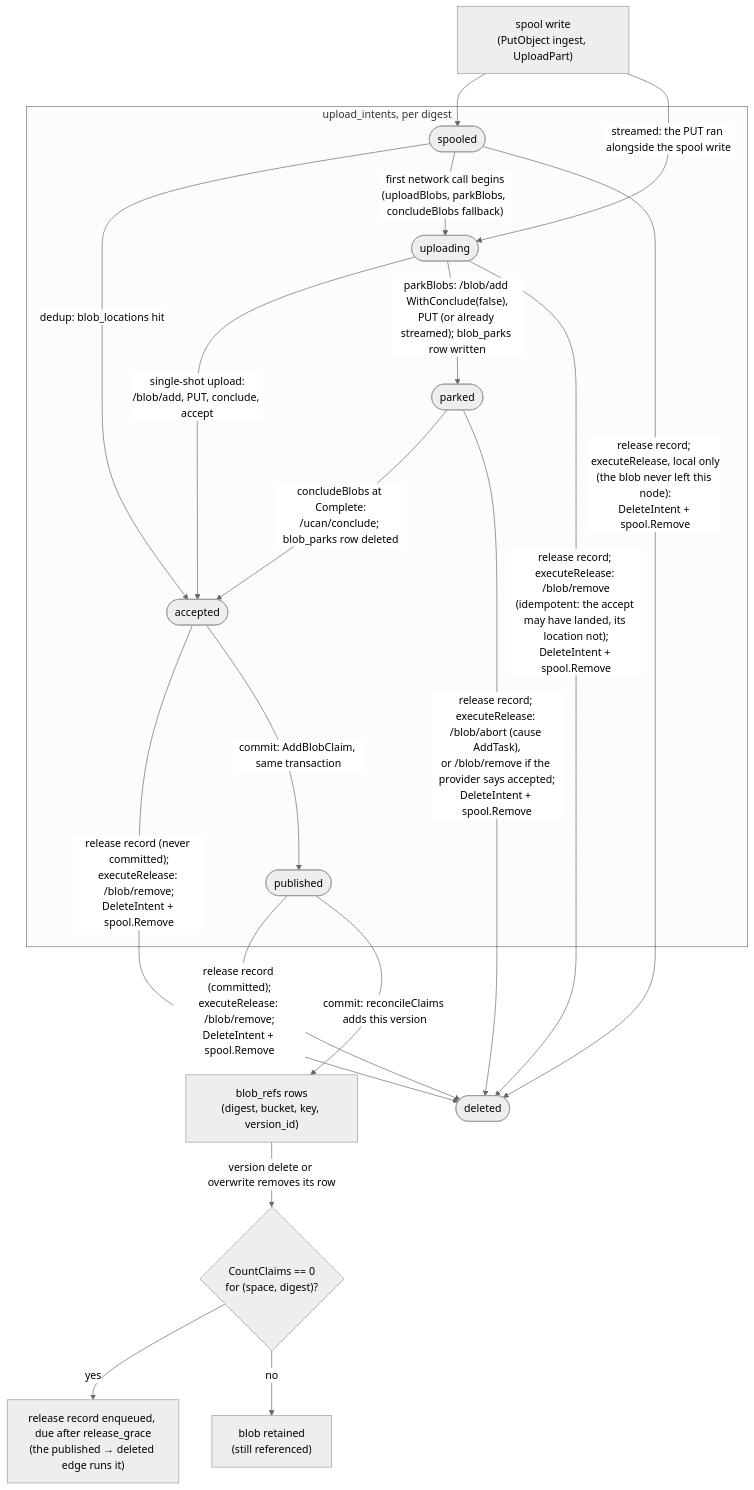
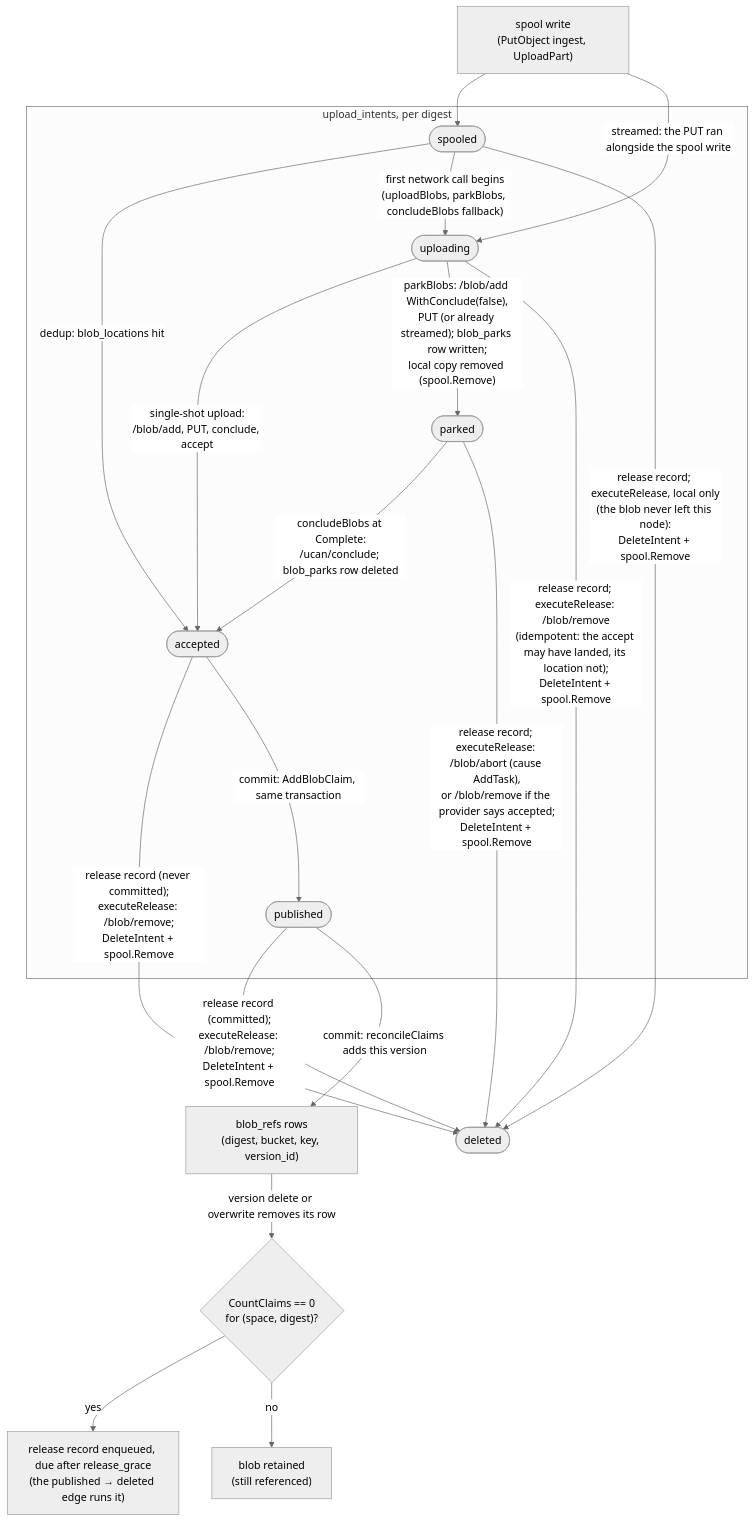
The eighth of 14 diagrams in docs/diagrams.md (fil-forge/ingot), drawn with Mermaid (neutral theme) before and after one commit. The commit also changed other lines of this file and 15 other files, not shown here.

First line of the commit message:
Drop a multipart part's spool copy once it parks (#217)

````diff
--- a/docs/diagrams.md
+++ b/docs/diagrams.md
@@ -552,30 +554,30 @@
 ```mermaid
 flowchart TB
     W["spool write<br/>(PutObject ingest, UploadPart)"] --> spooled
     W -->|"streamed: the PUT ran alongside the spool write"| uploading
 
     subgraph intents["upload_intents, per digest"]
         spooled([spooled])
         uploading([uploading])
         parked([parked])
         accepted([accepted])
         published([published])
     end
 
     spooled -->|"dedup: blob_locations hit"| accepted
     spooled -->|"first network call begins<br/>(uploadBlobs, parkBlobs, concludeBlobs fallback)"| uploading
     uploading -->|"single-shot upload:<br/>/blob/add, PUT, conclude, accept"| accepted
-    uploading -->|"parkBlobs: /blob/add WithConclude(false),<br/>PUT (or already streamed); blob_parks row written"| parked
+    uploading -->|"parkBlobs: /blob/add WithConclude(false),<br/>PUT (or already streamed); blob_parks row written;<br/>local copy removed (spool.Remove)"| parked
     parked -->|"concludeBlobs at Complete:<br/>/ucan/conclude; blob_parks row deleted"| accepted
     spooled -->|"release record; executeRelease, local only<br/>(the blob never left this node):<br/>DeleteIntent + spool.Remove"| gone([deleted])
     uploading -->|"release record; executeRelease: /blob/remove<br/>(idempotent: the accept may have landed, its location not);<br/>DeleteIntent + spool.Remove"| gone
     parked -->|"release record; executeRelease: /blob/abort (cause AddTask),<br/>or /blob/remove if the provider says accepted;<br/>DeleteIntent + spool.Remove"| gone
     accepted -->|"release record (never committed);<br/>executeRelease: /blob/remove;<br/>DeleteIntent + spool.Remove"| gone
     published -->|"release record (committed);<br/>executeRelease: /blob/remove;<br/>DeleteIntent + spool.Remove"| gone
 
     accepted -->|"commit: AddBlobClaim, same transaction"| published
     published -->|"commit: reconcileClaims adds this version"| refs["blob_refs rows<br/>(digest, bucket, key, version_id)"]
     refs -->|"version delete or overwrite removes its row"| zero{"CountClaims == 0<br/>for (space, digest)?"}
     zero -->|yes| rel["release record enqueued, due after release_grace<br/>(the published → deleted edge runs it)"]
     zero -->|no| keep["blob retained<br/>(still referenced)"]
 ```
````
